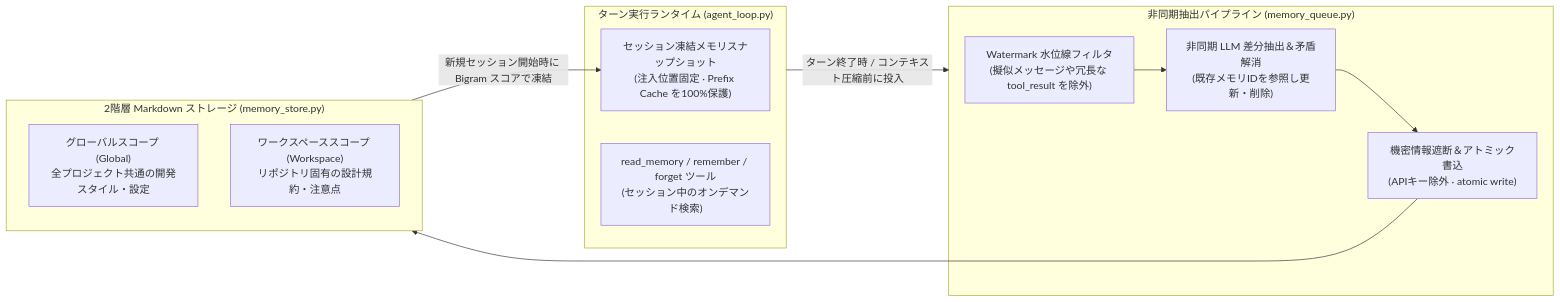
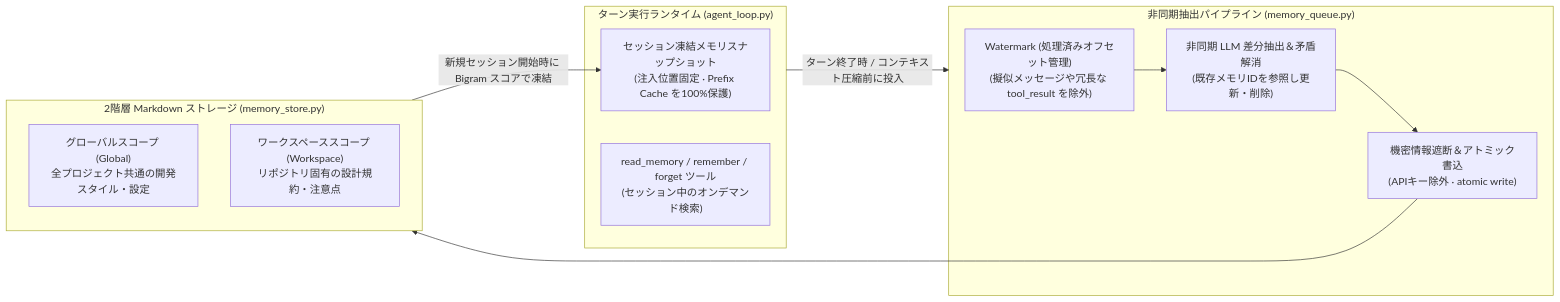
One commit to HelmAgent/Helm_website changed the diagram in docs/ja/architecture/memory-and-rag.md. Above: the diagram before and after it, drawn with Mermaid. The commit also changed other lines of this file and 10 other files, not shown here.

````diff
--- a/docs/ja/architecture/memory-and-rag.md
+++ b/docs/ja/architecture/memory-and-rag.md
@@ -22,23 +22,23 @@
 ```mermaid
 flowchart LR
   subgraph TurnRuntime["ターン実行ランタイム (agent_loop.py)"]
     FrozenSnap["セッション凍結メモリスナップショット<br/>(注入位置固定 · Prefix Cache を100%保護)"]
     ReadMemTool["read_memory / remember / forget ツール<br/>(セッション中のオンデマンド検索)"]
   end
 
   subgraph AsyncPipeline["非同期抽出パイプライン (memory_queue.py)"]
-    Watermark["Watermark 水位線フィルタ<br/>(擬似メッセージや冗長な tool_result を除外)"]
+    Watermark["Watermark (処理済みオフセット管理)<br/>(擬似メッセージや冗長な tool_result を除外)"]
     Extractor["非同期 LLM 差分抽出＆矛盾解消<br/>(既存メモリIDを参照し更新・削除)"]
     Sanitizer["機密情報遮断＆アトミック書込<br/>(APIキー除外 · atomic write)"]
     Watermark --> Extractor --> Sanitizer
   end
 
   subgraph Storage["2階層 Markdown ストレージ (memory_store.py)"]
     GlobalScope["グローバルスコープ (Global)<br/>全プロジェクト共通の開発スタイル・設定"]
     WorkspaceScope["ワークスペーススコープ (Workspace)<br/>リポジトリ固有の設計規約・注意点"]
   end
 
   TurnRuntime -- "ターン終了時 / コンテキスト圧縮前に投入" --> AsyncPipeline
   Sanitizer --> Storage
   Storage -- "新規セッション開始時に Bigram スコアで凍結" --> FrozenSnap
 ```
````
